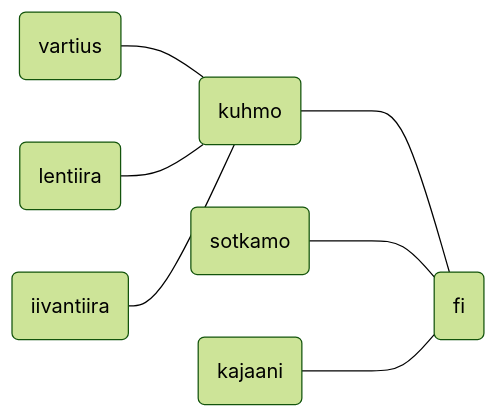
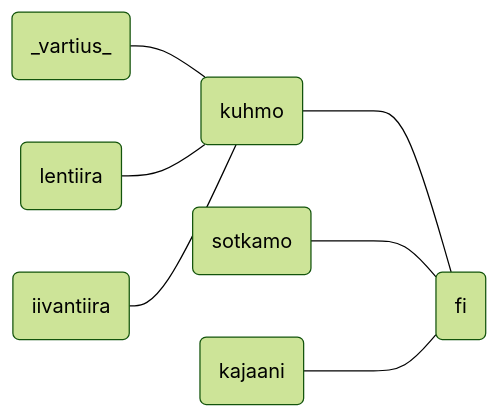
One commit to phdonner/verkkotunnus changed the diagram in README.md. Above: the diagram before and after it, drawn with Mermaid.

````diff
--- a/README.md
+++ b/README.md
@@ -9,10 +9,10 @@
 ```mermaid
 %%{init: {'theme':'forest'}}%%
 flowchart LR
-   A(vartius)    --- D
+   A(_vartius_)  --- D
    B(lentiira)   --- D
    C(iivantiira) --- D
    D(kuhmo)   ---- F(fi)
    E(sotkamo) ---- F(fi)
    G(kajaani) ---- F(fi)
 ```
````
